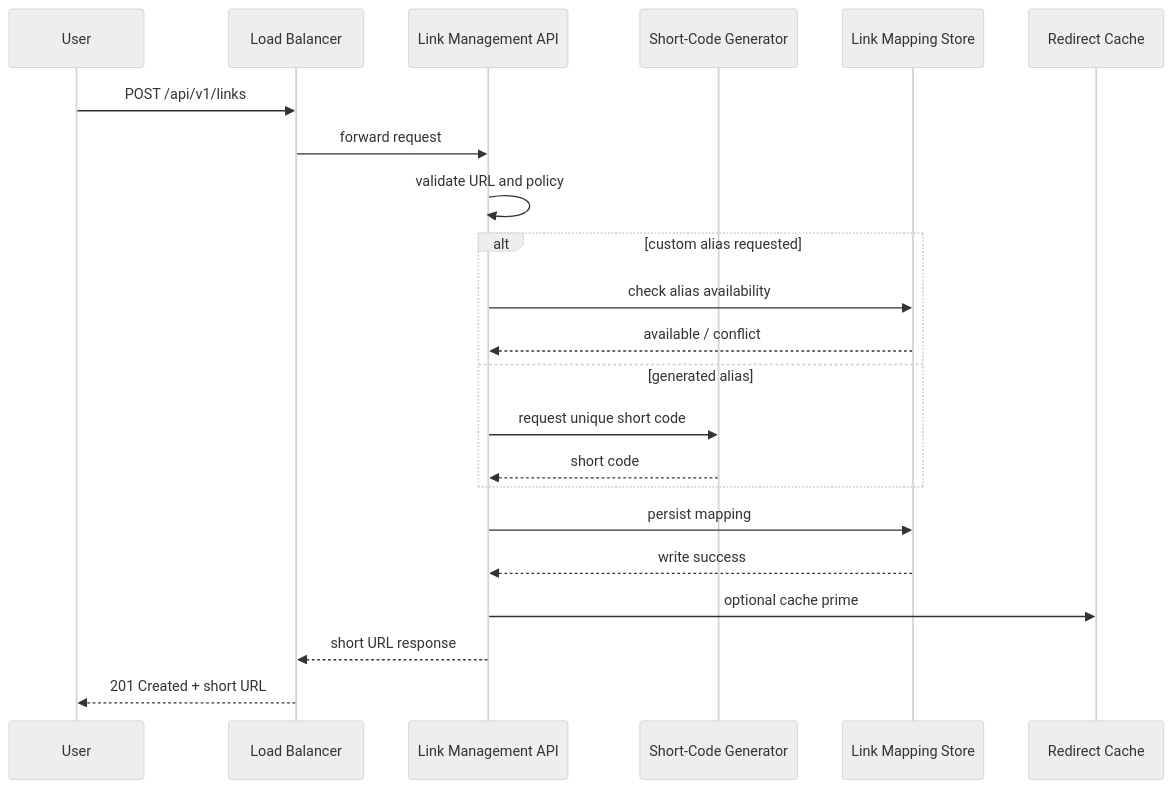
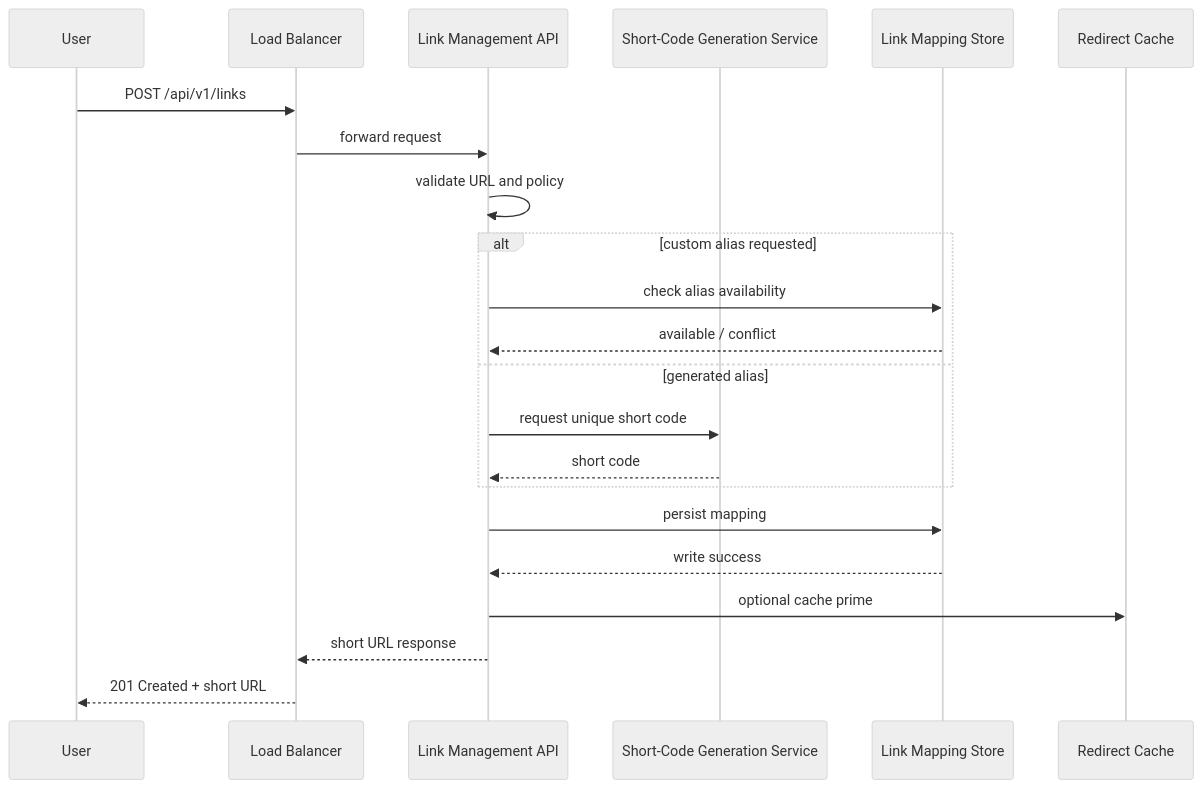
The first of 4 diagrams in Case-Studies/tinyurl/tinyUrl.md (hitman-abhi/system-design-guide), drawn with Mermaid (neutral theme) before and after one commit. The commit also changed other lines of this file and 9 other files, not shown here.

````diff
--- a/Case-Studies/tinyurl/tinyUrl.md
+++ b/Case-Studies/tinyurl/tinyUrl.md
@@ -320,25 +302,25 @@
 ```mermaid
 sequenceDiagram
     participant U as User
     participant LB as Load Balancer
     participant API as Link Management API
-    participant GEN as Short-Code Generator
+    participant GEN as Short-Code Generation Service
     participant DB as Link Mapping Store
     participant CACHE as Redirect Cache
 
     U->>LB: POST /api/v1/links
     LB->>API: forward request
     API->>API: validate URL and policy
     alt custom alias requested
         API->>DB: check alias availability
         DB-->>API: available / conflict
     else generated alias
         API->>GEN: request unique short code
         GEN-->>API: short code
     end
     API->>DB: persist mapping
     DB-->>API: write success
     API->>CACHE: optional cache prime
     API-->>LB: short URL response
     LB-->>U: 201 Created + short URL
 ```
````
